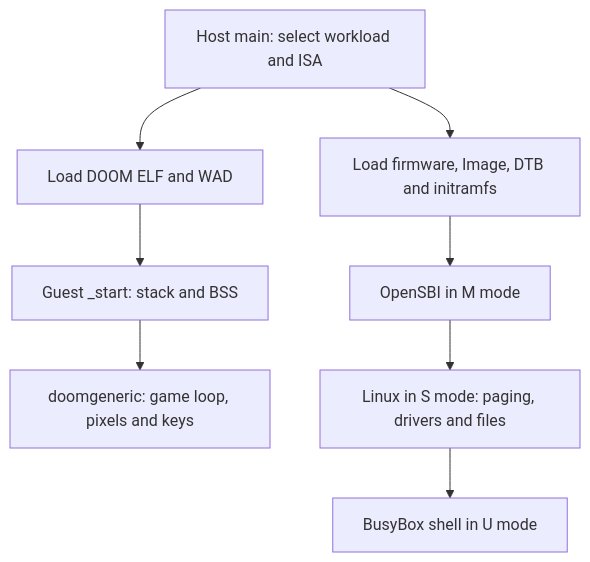
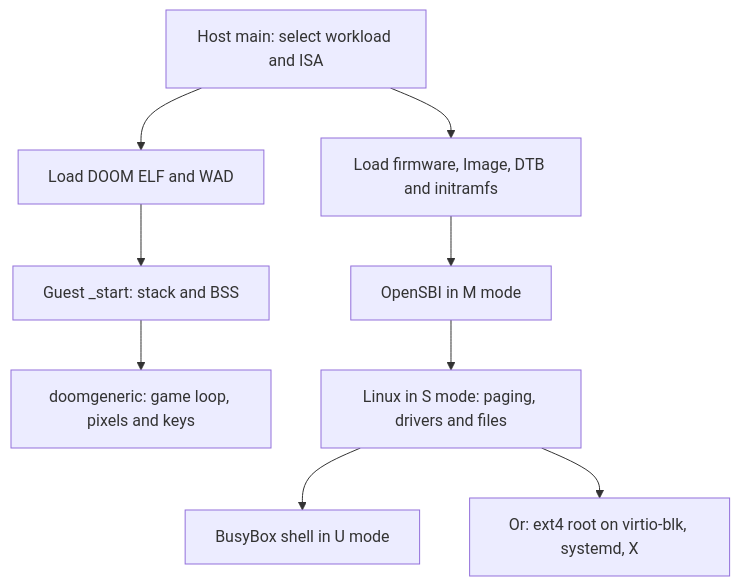
One commit to Emmanuel-Roy/DoomV changed the diagram in docs/BOOT_FLOW.md. Above: the diagram before and after it, drawn with Mermaid. The commit also changed other lines of this file and 8 other files, not shown here.

````diff
--- a/docs/BOOT_FLOW.md
+++ b/docs/BOOT_FLOW.md
@@ -15,10 +16,11 @@
 ```mermaid
 flowchart TD
     CLI["Host main: select workload and ISA"] --> DOOM["Load DOOM ELF and WAD"]
     CLI --> LINUX["Load firmware, Image, DTB and initramfs"]
     DOOM --> START["Guest _start: stack and BSS"]
     START --> GAME["doomgeneric: game loop, pixels and keys"]
     LINUX --> SBI["OpenSBI in M mode"]
     SBI --> KERNEL["Linux in S mode: paging, drivers and files"]
     KERNEL --> SHELL["BusyBox shell in U mode"]
+    KERNEL --> DISK["Or: ext4 root on virtio-blk, systemd, X"]
 ```
````
